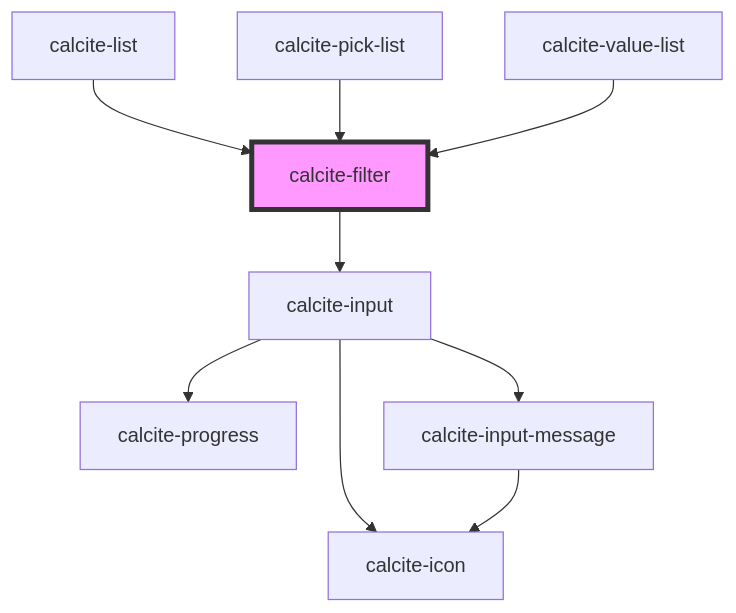
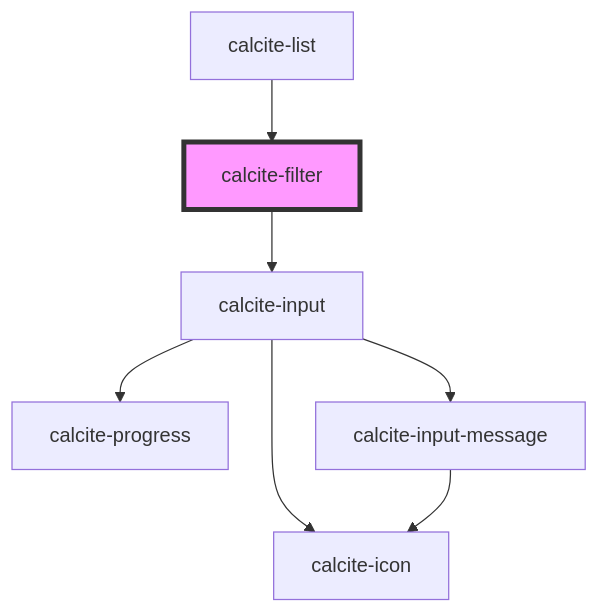
Before and after one commit to Esri/calcite-design-system: the diagram in packages/calcite-components/src/components/filter/readme.md, drawn with Mermaid. The commit also changed other lines of this file and 25 other files, not shown here.

````diff
--- a/packages/calcite-components/src/components/filter/readme.md
+++ b/packages/calcite-components/src/components/filter/readme.md
@@ -66,12 +64,10 @@
 ```mermaid
 graph TD;
   calcite-filter --> calcite-input
   calcite-input --> calcite-progress
   calcite-input --> calcite-icon
   calcite-input --> calcite-input-message
   calcite-input-message --> calcite-icon
   calcite-list --> calcite-filter
-  calcite-pick-list --> calcite-filter
-  calcite-value-list --> calcite-filter
   style calcite-filter fill:#f9f,stroke:#333,stroke-width:4px
 ```
````
